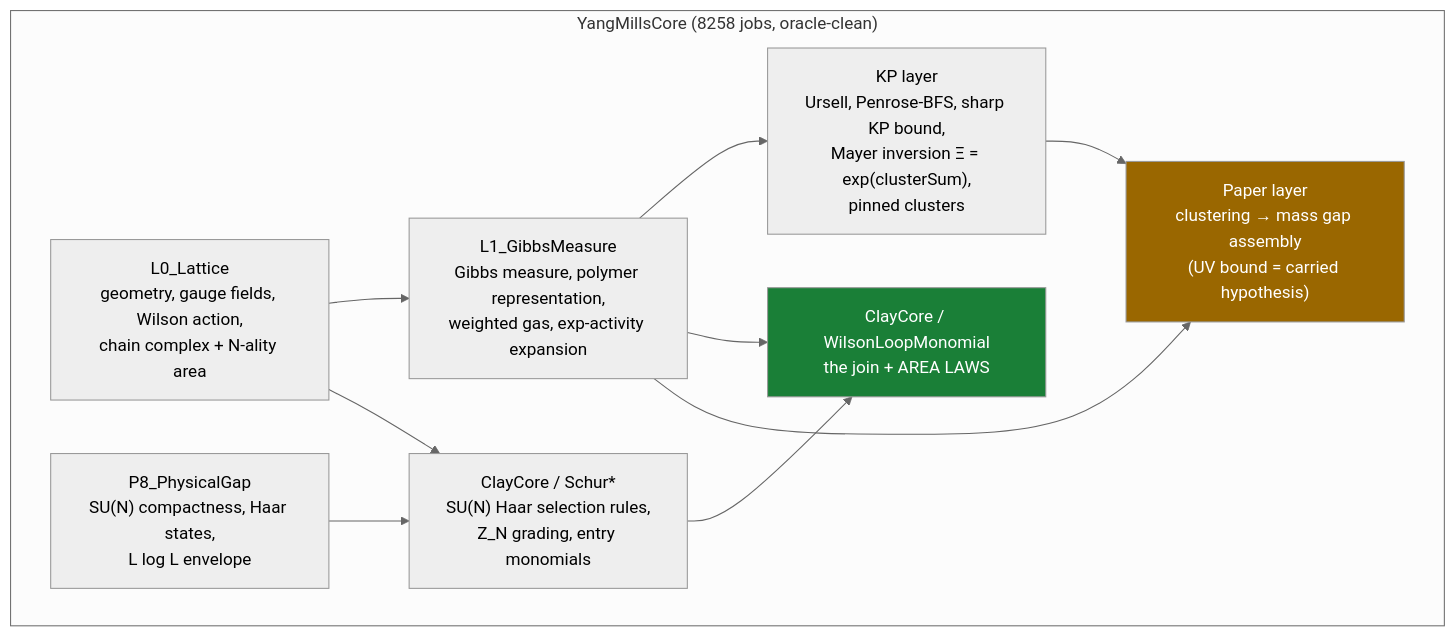
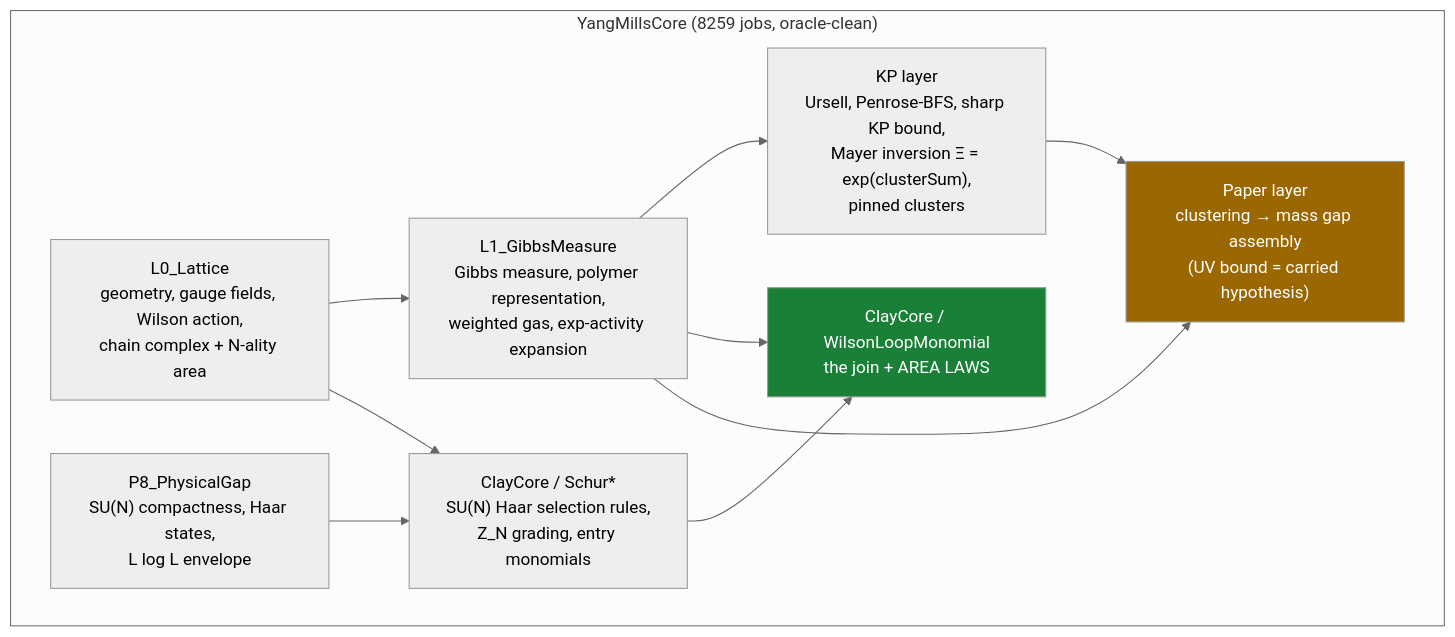
One commit to lluiseriksson/THE-ERIKSSON-PROGRAMME changed the diagram in README.md. Above: the diagram before and after it, drawn with Mermaid (neutral theme). The commit also changed other lines of this file and 5 other files, not shown here.

````diff
--- a/README.md
+++ b/README.md
@@ -204,20 +204,20 @@
 ```mermaid
 graph TD
-    subgraph core["YangMillsCore  (8258 jobs, oracle-clean)"]
+    subgraph core["YangMillsCore  (8259 jobs, oracle-clean)"]
         L0["L0_Lattice<br/>geometry, gauge fields, Wilson action,<br/>chain complex + N-ality area"]
         L1["L1_GibbsMeasure<br/>Gibbs measure, polymer representation,<br/>weighted gas, exp-activity expansion"]
         KP["KP layer<br/>Ursell, Penrose-BFS, sharp KP bound,<br/>Mayer inversion Ξ = exp(clusterSum),<br/>pinned clusters"]
         SCHUR["ClayCore / Schur*<br/>SU(N) Haar selection rules,<br/>Z_N grading, entry monomials"]
         WLM["ClayCore / WilsonLoopMonomial<br/>the join + AREA LAWS"]
         PAPER["Paper layer<br/>clustering → mass gap assembly<br/>(UV bound = carried hypothesis)"]
         P8["P8_PhysicalGap<br/>SU(N) compactness, Haar states,<br/>L log L envelope"]
     end
     L0 --> L1 --> KP
     L0 --> SCHUR --> WLM
     L1 --> WLM
     L1 --> PAPER
     KP --> PAPER
     P8 --> SCHUR
     style WLM fill:#1a7f37,color:#fff
     style PAPER fill:#9a6700,color:#fff
 ```
````
